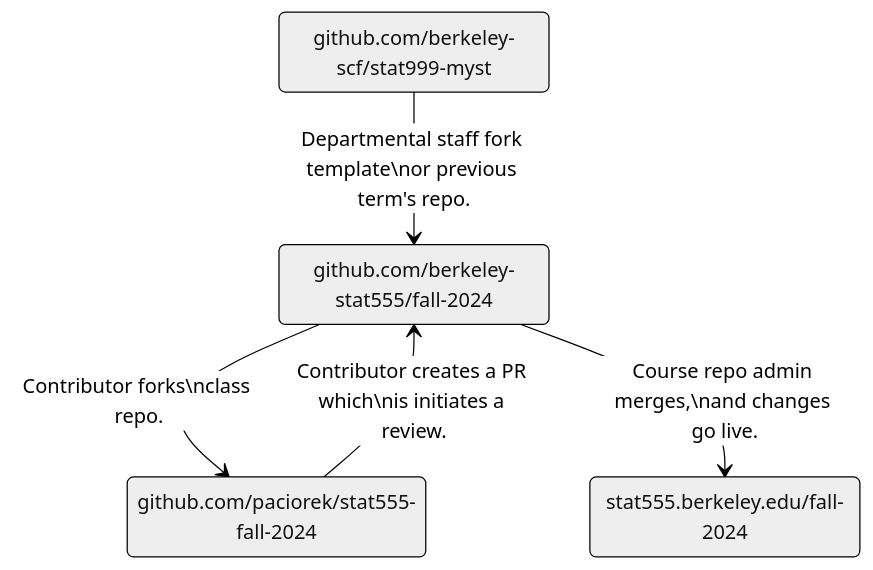
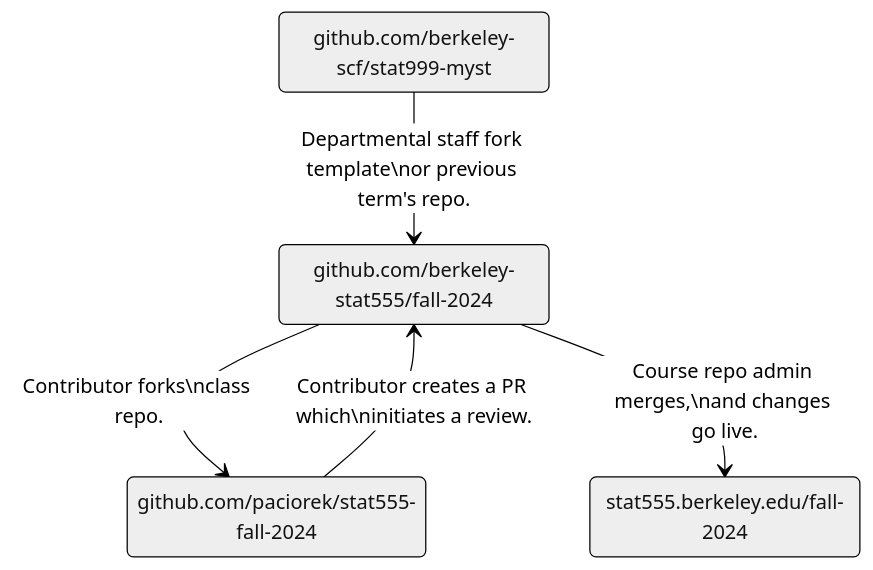
Before and after one commit to berkeley-cdss/course-site-myst: the second of 2 diagrams in README.md, drawn with Mermaid (neutral theme). The commit also changed other lines of this file, not shown here.

````diff
--- a/README.md
+++ b/README.md
@@ -51,15 +51,15 @@
 ```mermaid
 %% State diagram documentation at
 %% https://mermaid.js.org/syntax/stateDiagram.html
 
 stateDiagram-v2
     repo_template: github.com/berkeley-scf/stat999-myst 
     repo_dept: github.com/berkeley-stat555/fall-2024
     repo_i: github.com/paciorek/stat555-fall-2024
     website_dept: stat555.berkeley.edu/fall-2024
 
     repo_template --> repo_dept: Departmental staff fork template\nor previous term's repo.
     repo_dept --> repo_i: Contributor forks\nclass repo.
-    repo_i --> repo_dept: Contributor creates a PR which\nis initiates a review.
+    repo_i --> repo_dept: Contributor creates a PR which\ninitiates a review.
     repo_dept --> website_dept: Course repo admin merges,\nand changes go live.
 ```
````
